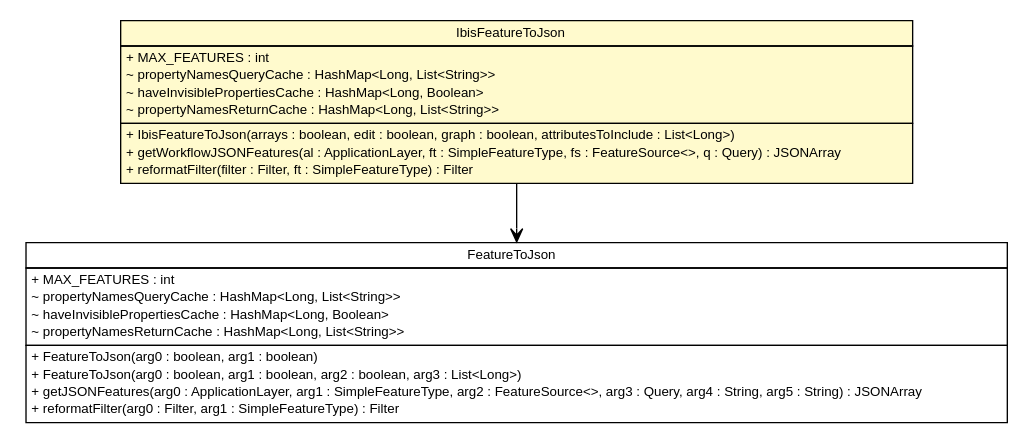
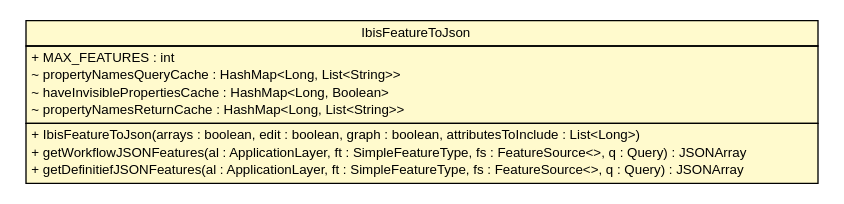
Before and after one commit to B3Partners/flamingo-ibis: the diagram in ibis-viewer/apidocs/nl/b3p/viewer/util/IbisFeatureToJson.dot, drawn with Graphviz. The commit also changed 119 other files, not shown here.

```diff
--- a/ibis-viewer/apidocs/nl/b3p/viewer/util/IbisFeatureToJson.dot
+++ b/ibis-viewer/apidocs/nl/b3p/viewer/util/IbisFeatureToJson.dot
@@ -1,49 +1,29 @@
 #!/usr/local/bin/dot
 #
 # Class diagram 
 # Generated by UMLGraph version R5_6-24-gf6e263 (http://www.umlgraph.org/)
 #
 
 digraph G {
 	edge [fontname="Helvetica",fontsize=10,labelfontname="Helvetica",labelfontsize=10];
 	node [fontname="Helvetica",fontsize=10,shape=plaintext];
 	nodesep=0.25;
 	ranksep=0.5;
 	// nl.b3p.viewer.util.IbisFeatureToJson
-	c216 [label=<<table title="nl.b3p.viewer.util.IbisFeatureToJson" border="0" cellborder="1" cellspacing="0" cellpadding="2" port="p" bgcolor="lemonChiffon" href="./IbisFeatureToJson.html">
+	c214 [label=<<table title="nl.b3p.viewer.util.IbisFeatureToJson" border="0" cellborder="1" cellspacing="0" cellpadding="2" port="p" bgcolor="lemonChiffon" href="./IbisFeatureToJson.html">
 		<tr><td><table border="0" cellspacing="0" cellpadding="1">
 <tr><td align="center" balign="center"> IbisFeatureToJson </td></tr>
 		</table></td></tr>
 		<tr><td><table border="0" cellspacing="0" cellpadding="1">
 <tr><td align="left" balign="left"> + MAX_FEATURES : int </td></tr>
 <tr><td align="left" balign="left"> ~ propertyNamesQueryCache : HashMap&lt;Long, List&lt;String&gt;&gt; </td></tr>
 <tr><td align="left" balign="left"> ~ haveInvisiblePropertiesCache : HashMap&lt;Long, Boolean&gt; </td></tr>
 <tr><td align="left" balign="left"> ~ propertyNamesReturnCache : HashMap&lt;Long, List&lt;String&gt;&gt; </td></tr>
 		</table></td></tr>
 		<tr><td><table border="0" cellspacing="0" cellpadding="1">
 <tr><td align="left" balign="left"> + IbisFeatureToJson(arrays : boolean, edit : boolean, graph : boolean, attributesToInclude : List&lt;Long&gt;) </td></tr>
 <tr><td align="left" balign="left"> + getWorkflowJSONFeatures(al : ApplicationLayer, ft : SimpleFeatureType, fs : FeatureSource&lt;&gt;, q : Query) : JSONArray </td></tr>
-<tr><td align="left" balign="left"> + reformatFilter(filter : Filter, ft : SimpleFeatureType) : Filter </td></tr>
+<tr><td align="left" balign="left"> + getDefinitiefJSONFeatures(al : ApplicationLayer, ft : SimpleFeatureType, fs : FeatureSource&lt;&gt;, q : Query) : JSONArray </td></tr>
 		</table></td></tr>
 		</table>>, URL="./IbisFeatureToJson.html", fontname="Helvetica", fontcolor="black", fontsize=10.0];
-	// nl.b3p.viewer.util.IbisFeatureToJson NAVASSOC nl.b3p.viewer.util.FeatureToJson
-	c216:p -> c217:p [taillabel="", label="", headlabel="", fontname="Helvetica", fontcolor="black", fontsize=10.0, color="black", arrowhead=open];
-	// nl.b3p.viewer.util.FeatureToJson
-	c217 [label=<<table title="nl.b3p.viewer.util.FeatureToJson" border="0" cellborder="1" cellspacing="0" cellpadding="2" port="p">
-		<tr><td><table border="0" cellspacing="0" cellpadding="1">
-<tr><td align="center" balign="center"> FeatureToJson </td></tr>
-		</table></td></tr>
-		<tr><td><table border="0" cellspacing="0" cellpadding="1">
-<tr><td align="left" balign="left"> + MAX_FEATURES : int </td></tr>
-<tr><td align="left" balign="left"> ~ propertyNamesQueryCache : HashMap&lt;Long, List&lt;String&gt;&gt; </td></tr>
-<tr><td align="left" balign="left"> ~ haveInvisiblePropertiesCache : HashMap&lt;Long, Boolean&gt; </td></tr>
-<tr><td align="left" balign="left"> ~ propertyNamesReturnCache : HashMap&lt;Long, List&lt;String&gt;&gt; </td></tr>
-		</table></td></tr>
-		<tr><td><table border="0" cellspacing="0" cellpadding="1">
-<tr><td align="left" balign="left"> + FeatureToJson(arg0 : boolean, arg1 : boolean) </td></tr>
-<tr><td align="left" balign="left"> + FeatureToJson(arg0 : boolean, arg1 : boolean, arg2 : boolean, arg3 : List&lt;Long&gt;) </td></tr>
-<tr><td align="left" balign="left"> + getJSONFeatures(arg0 : ApplicationLayer, arg1 : SimpleFeatureType, arg2 : FeatureSource&lt;&gt;, arg3 : Query, arg4 : String, arg5 : String) : JSONArray </td></tr>
-<tr><td align="left" balign="left"> + reformatFilter(arg0 : Filter, arg1 : SimpleFeatureType) : Filter </td></tr>
-		</table></td></tr>
-		</table>>, URL="null", fontname="Helvetica", fontcolor="black", fontsize=10.0];
 }
```
